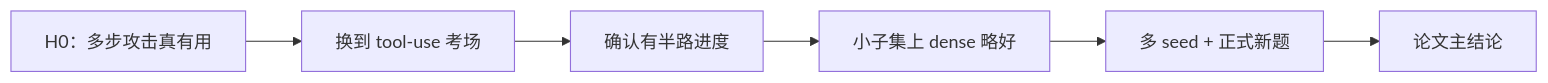
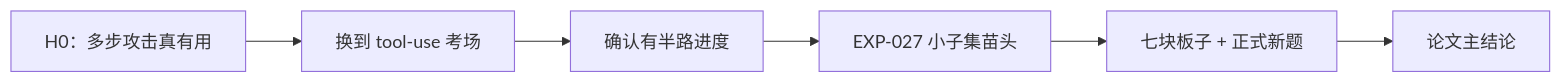
The second of 5 diagrams in LOGS/report_week4.md (BoyuanZhu2021/research_2026), drawn with Mermaid before and after one commit. The commit also changed other lines of this file and 11 other files, not shown here.

````diff
--- a/LOGS/report_week4.md
+++ b/LOGS/report_week4.md
@@ -59,8 +108,8 @@
 ```mermaid
 flowchart LR
     A["H0：多步攻击真有用"] --> B["换到 tool-use 考场"]
     B --> C["确认有半路进度"]
-    C --> D["小子集上 dense 略好"]
-    D --> E["多 seed + 正式新题"]
+    C --> D["EXP-027 小子集苗头"]
+    D --> E["七块板子 + 正式新题"]
     E --> F["论文主结论"]
 ```
````
